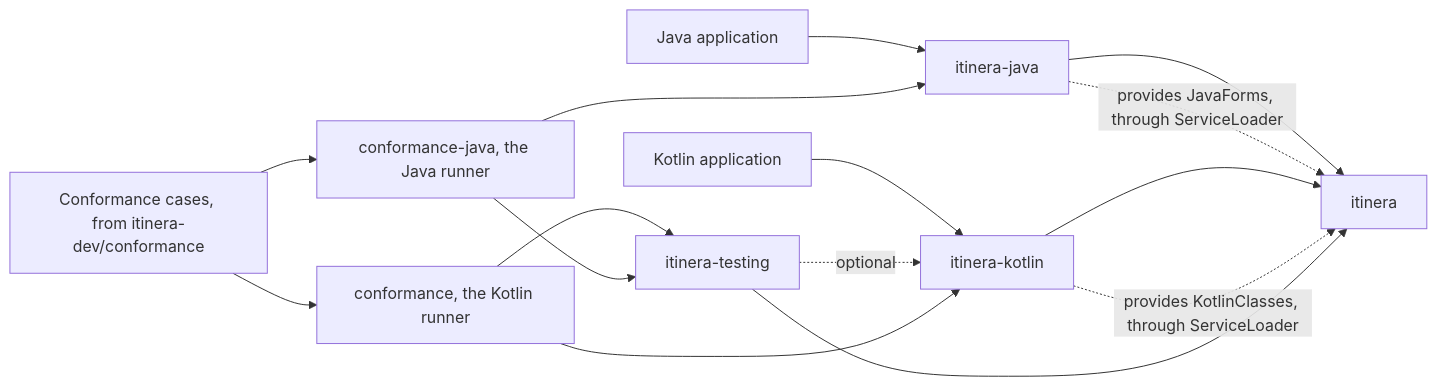
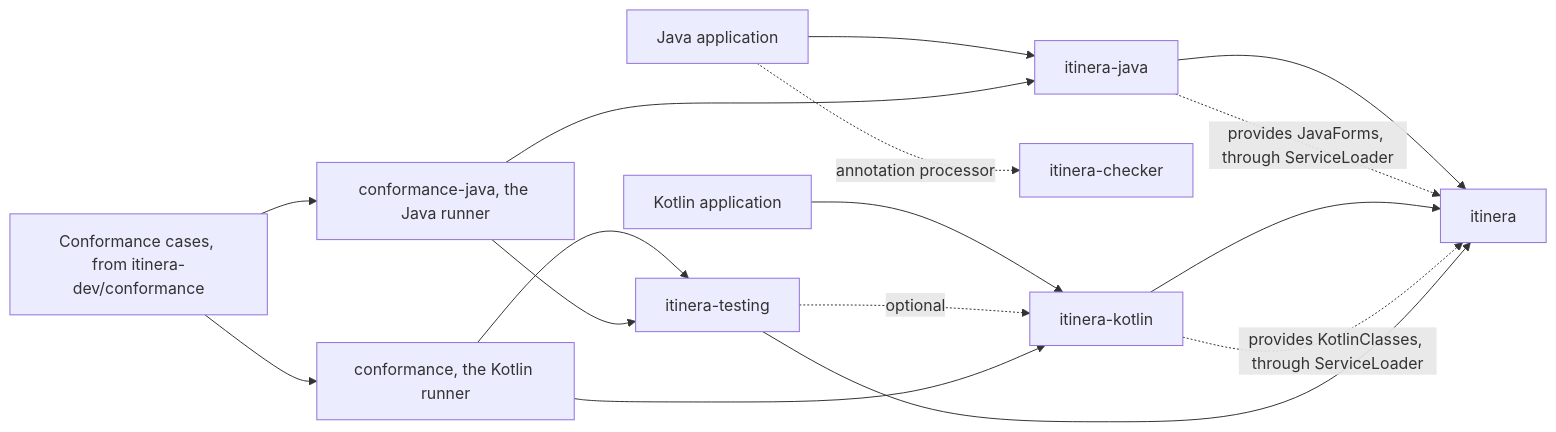
Before and after one commit to itinera-dev/itinera-j: the first of 5 diagrams in docs/architecture.md, drawn with Mermaid. The commit also changed other lines of this file and 63 other files, not shown here.

````diff
--- a/docs/architecture.md
+++ b/docs/architecture.md
@@ -13,19 +13,20 @@
 ```mermaid
 flowchart LR
     accTitle: The artifacts of itinera-j
-    accDescr: A Java application depends on itinera-java, which depends on itinera and provides it JavaForms through ServiceLoader. A Kotlin application depends on itinera-kotlin, which depends on itinera and provides it the reader of Kotlin classes through ServiceLoader. itinera-testing depends on itinera, and on itinera-kotlin only optionally. The Kotlin conformance runner depends on itinera-kotlin and itinera-testing, the Java conformance runner on itinera-java and itinera-testing, and both read the conformance cases.
+    accDescr: A Java application depends on itinera-java, which depends on itinera and provides it JavaForms through ServiceLoader, and may run itinera-checker as an annotation processor, which reads itinera's annotations by name and depends on none of itinera's artifacts. A Kotlin application depends on itinera-kotlin, which depends on itinera and provides it the reader of Kotlin classes through ServiceLoader. itinera-testing depends on itinera, and on itinera-kotlin only optionally. The Kotlin conformance runner depends on itinera-kotlin and itinera-testing, the Java conformance runner on itinera-java and itinera-testing, and both read the conformance cases.
     java["Java application"] --> jv["itinera-java"]
     jv --> core["itinera"]
     jv -.->|"provides JavaForms, through ServiceLoader"| core
+    java -.->|"annotation processor"| checker["itinera-checker"]
     kotlin["Kotlin application"] --> kt["itinera-kotlin"]
     kt --> core
     kt -.->|"provides KotlinClasses, through ServiceLoader"| core
     testing["itinera-testing"] --> core
     testing -.->|"optional"| kt
     runner["conformance, the Kotlin runner"] --> kt
     runner --> testing
     jrunner["conformance-java, the Java runner"] --> jv
     jrunner --> testing
     cases["Conformance cases, from itinera-dev/conformance"] --> runner
     cases --> jrunner
 ```
````
